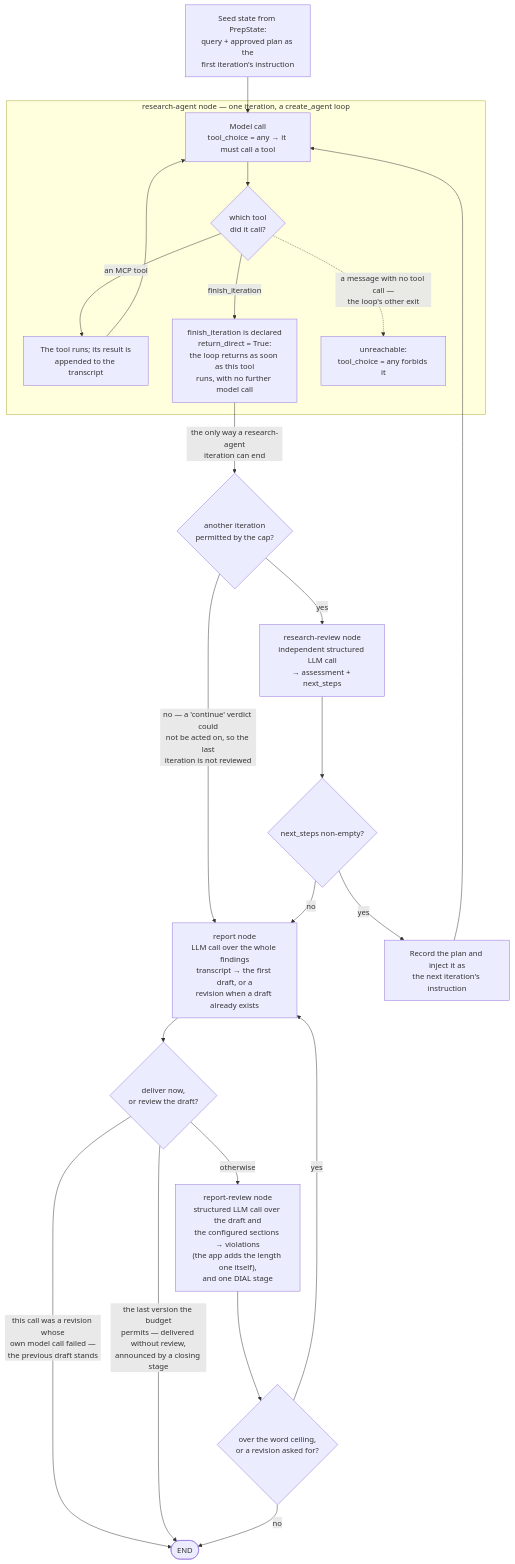
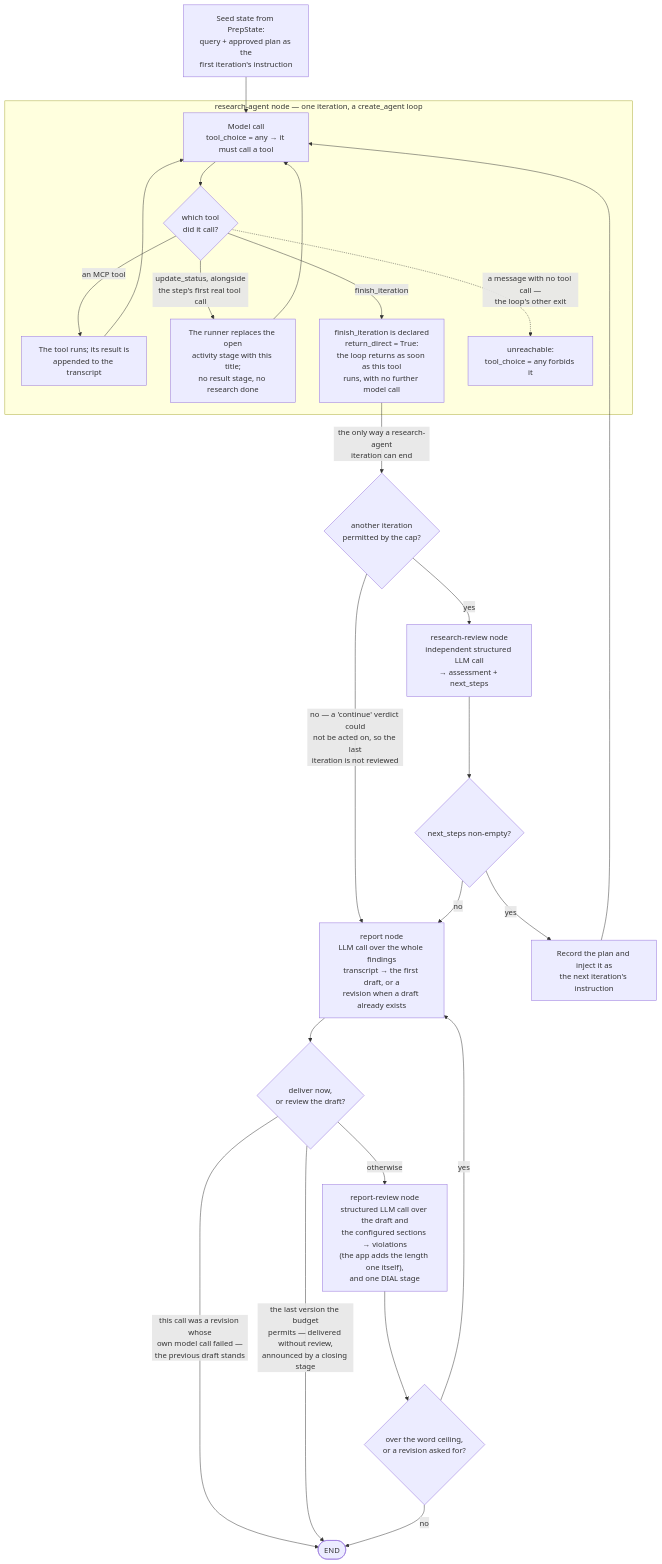
One commit to epam/ai-dial-deep-research-backend changed the second of 2 diagrams in docs/architecture.md. Above: the diagram before and after it, drawn with Mermaid. The commit also changed other lines of this file and 20 other files, not shown here.

First line of the commit message:
feat: emit research progress as a live DIAL stage

````diff
--- a/docs/architecture.md
+++ b/docs/architecture.md
@@ -123,28 +123,30 @@
 ```mermaid
 flowchart TD
     seed["Seed state from PrepState:<br/>query + approved plan as the<br/>first iteration's instruction"] --> model
 
     subgraph research_agent_sub["research-agent node — one iteration, a create_agent loop"]
         model["Model call<br/>tool_choice = any → it must call a tool"]
         model --> which{"which tool<br/>did it call?"}
         which -->|"an MCP tool"| mcp["The tool runs; its result is<br/>appended to the transcript"]
         mcp --> model
+        which -->|"update_status, alongside<br/>the step's first real tool call"| status["The runner replaces the open<br/>activity stage with this title;<br/>no result stage, no research done"]
+        status --> model
         which -->|"finish_iteration"| fin["finish_iteration is declared<br/>return_direct = True:<br/>the loop returns as soon as this tool<br/>runs, with no further model call"]
         which -.->|"a message with no tool call —<br/>the loop's other exit"| blocked["unreachable:<br/>tool_choice = any forbids it"]
     end
 
     fin -->|"the only way a research-agent<br/>iteration can end"| itgate{"another iteration<br/>permitted by the cap?"}
     itgate -->|yes| research_review["research-review node<br/>independent structured LLM call<br/>→ assessment + next_steps"]
     itgate -->|"no — a 'continue' verdict could<br/>not be acted on, so the last<br/>iteration is not reviewed"| report
     research_review --> route{"next_steps non-empty?"}
     route -->|yes| nextplan["Record the plan and inject it as<br/>the next iteration's instruction"]
     nextplan --> model
     route -->|no| report["report node<br/>LLM call over the whole findings<br/>transcript → the first draft, or a<br/>revision when a draft already exists"]
     report --> afterreport{"deliver now,<br/>or review the draft?"}
     afterreport -->|"this call was a revision whose<br/>own model call failed —<br/>the previous draft stands"| finaldone(["END"])
     afterreport -->|"the last version the budget<br/>permits — delivered without review,<br/>announced by a closing stage"| finaldone
     afterreport -->|"otherwise"| report_review["report-review node<br/>structured LLM call over the draft and<br/>the configured sections → violations<br/>(the app adds the length one itself),<br/>and one DIAL stage"]
     report_review --> reroute{"over the word ceiling,<br/>or a revision asked for?"}
     reroute -->|yes| report
     reroute -->|no| finaldone
 ```
````
